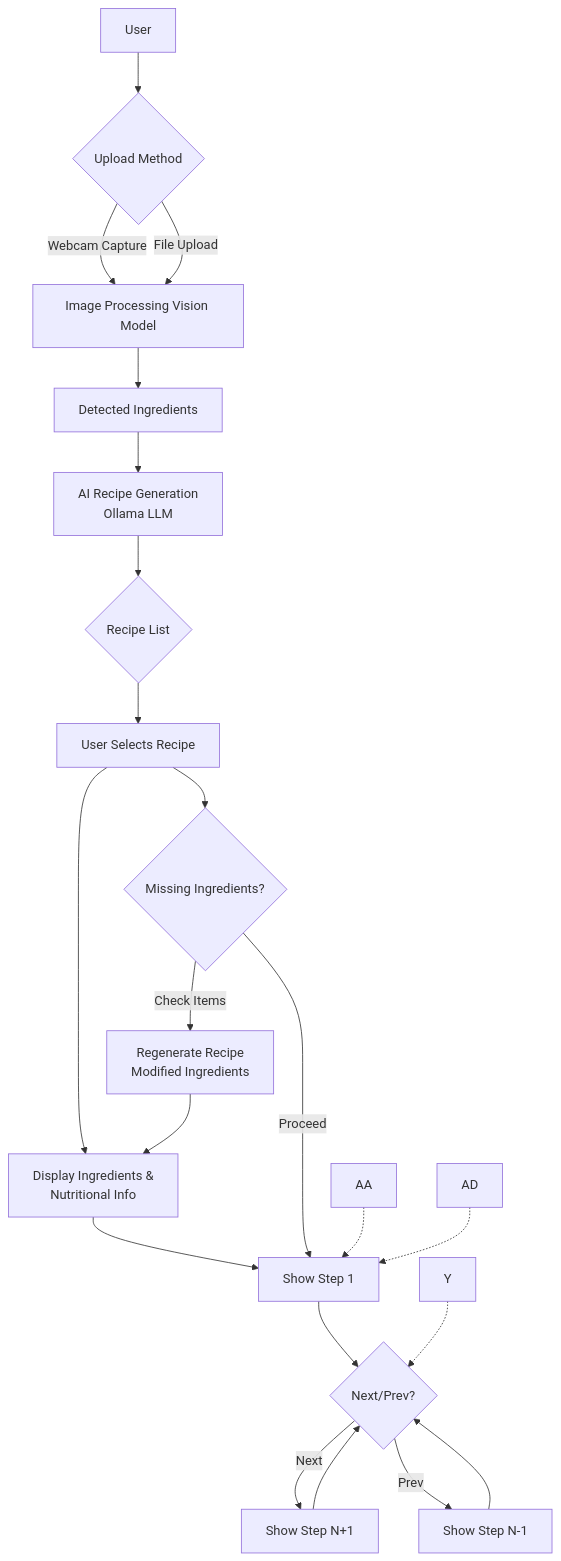
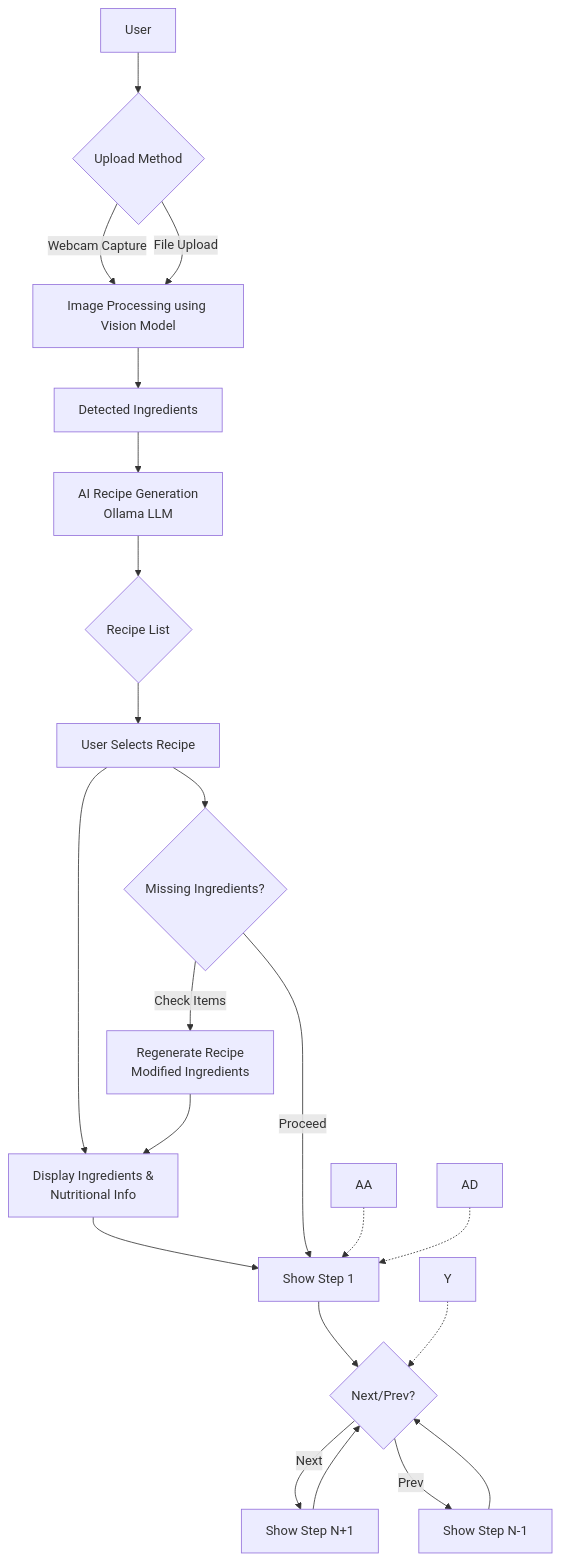
The diagram in README.md (Feininon/Detect-N-Dine), drawn with Mermaid before and after one commit.

Commit message:
Update usiong  README.md

````diff
--- a/README.md
+++ b/README.md
@@ -201,28 +201,28 @@
 ```mermaid
 flowchart TD
     A[User] --> B{Upload Method}
-    B -->|Webcam Capture| D[Image Processing Vision Model]
+    B -->|Webcam Capture| D[Image Processing using Vision Model]
     B -->|File Upload| D
     D --> E[Detected Ingredients]
     E --> F[AI Recipe Generation
 Ollama LLM]
     F --> G{Recipe List}
     G --> H[User Selects Recipe]
     H --> I[Display Ingredients &
  Nutritional Info]
     I --> J[Show Step 1]
     J --> K{Next/Prev?}
     K -->|Next| L[Show Step N+1]
     K -->|Prev| M[Show Step N-1]
     L --> K
     M --> K
     H --> N{Missing Ingredients?}
     N -->|Check Items| O[Regenerate Recipe
  Modified Ingredients]
     O --> I
     N -->|Proceed| J    
     Y -.-> K
     AA -.-> J
     AD -.-> J
 
 ```
````
